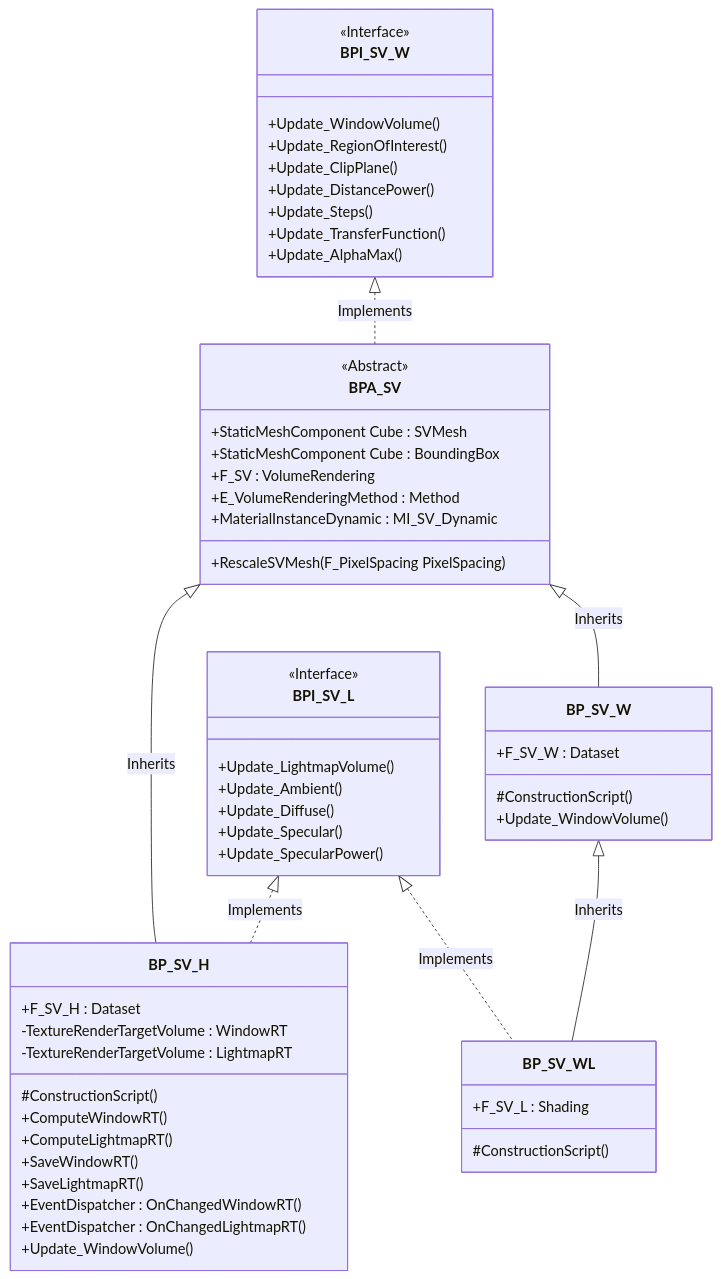
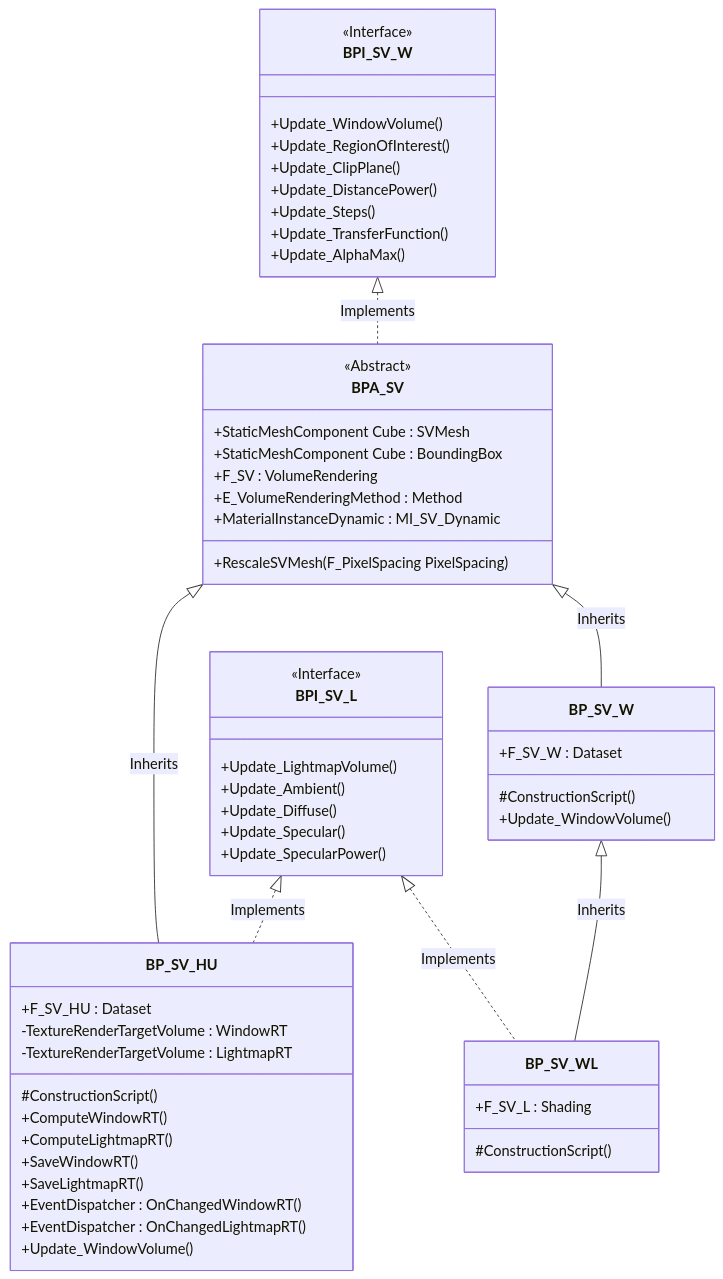
One commit to brugr9/UEPluginVolumeCreator changed the sixth of 7 diagrams in README.md. Above: the diagram before and after it, drawn with Mermaid. The commit also changed other lines of this file, not shown here.

````diff
--- a/README.md
+++ b/README.md
@@ -317,62 +317,62 @@
 ```mermaid
 classDiagram
   class BPA_SV{
     <<Abstract>>
     +StaticMeshComponent Cube : SVMesh
     +StaticMeshComponent Cube : BoundingBox
     +F_SV : VolumeRendering
     +E_VolumeRenderingMethod : Method
     +MaterialInstanceDynamic : MI_SV_Dynamic
     +RescaleSVMesh(F_PixelSpacing PixelSpacing)
   }
-  class BP_SV_H{
-    +F_SV_H : Dataset
+  class BP_SV_HU{
+    +F_SV_HU : Dataset
     -TextureRenderTargetVolume : WindowRT
     -TextureRenderTargetVolume : LightmapRT
     #ConstructionScript()
     +ComputeWindowRT()
     +ComputeLightmapRT()
     +SaveWindowRT()
     +SaveLightmapRT()
     +EventDispatcher : OnChangedWindowRT()
     +EventDispatcher : OnChangedLightmapRT()
     +Update_WindowVolume()
   }
   class BPI_SV_W{
     <<Interface>>
     +Update_WindowVolume()
     +Update_RegionOfInterest()
     +Update_ClipPlane()
     +Update_DistancePower()
     +Update_Steps()
     +Update_TransferFunction()
     +Update_AlphaMax()
   }
   class BPI_SV_L{
     <<Interface>>
     +Update_LightmapVolume()
     +Update_Ambient()
     +Update_Diffuse()
     +Update_Specular()
     +Update_SpecularPower()
   }
   class BP_SV_W{
     +F_SV_W : Dataset
     #ConstructionScript()
     +Update_WindowVolume()
   }
   class BP_SV_WL{
     +F_SV_L : Shading
     #ConstructionScript()
   }
 
-  BPA_SV <|-- BP_SV_H : Inherits
+  BPA_SV <|-- BP_SV_HU : Inherits
   BPI_SV_W <|.. BPA_SV : Implements
-  BPI_SV_L <|.. BP_SV_H : Implements
+  BPI_SV_L <|.. BP_SV_HU : Implements
 
   BPI_SV_L <|.. BP_SV_WL : Implements
 
   BPA_SV <|-- BP_SV_W : Inherits
   BP_SV_W <|-- BP_SV_WL : Inherits  
 
 ```
````
